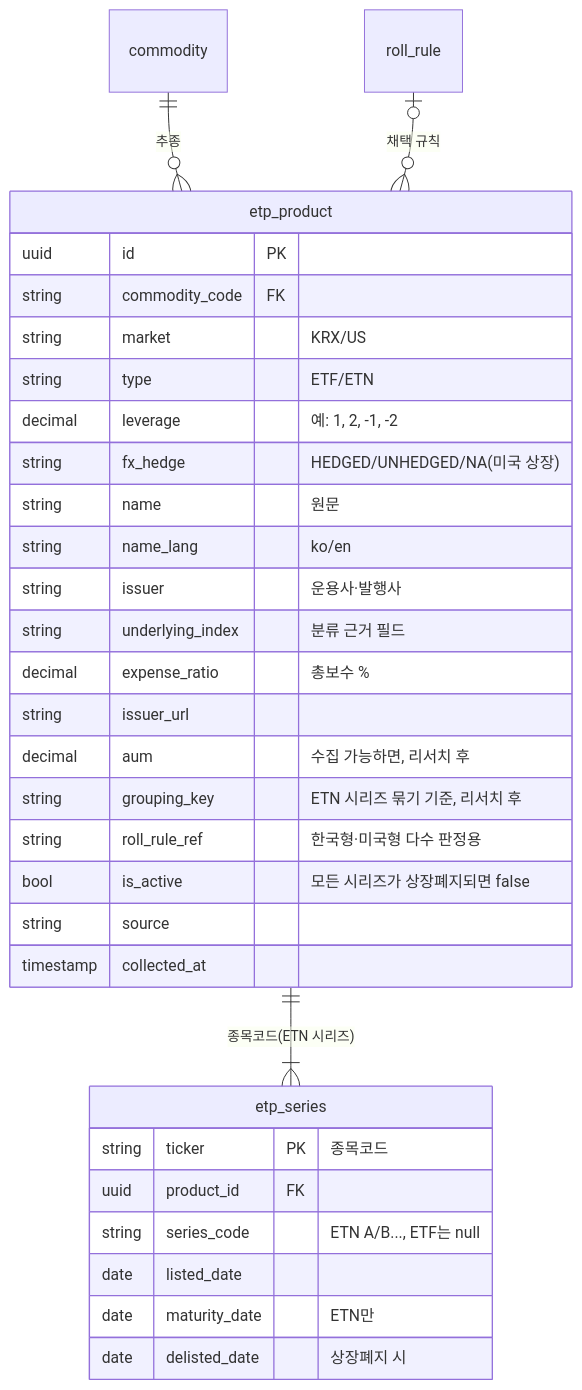
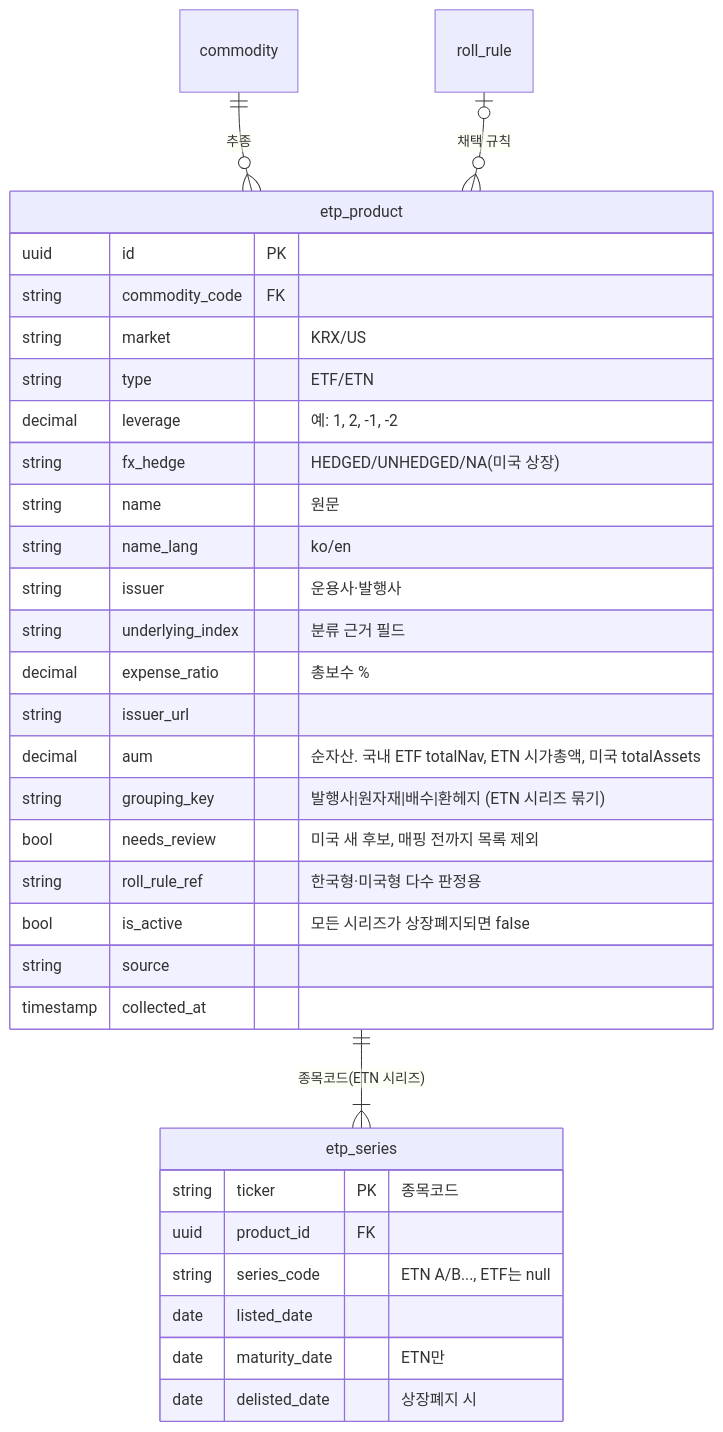
One commit to seyoun10/futureETP changed the second of 3 diagrams in docs/data-model.md. Above: the diagram before and after it, drawn with Mermaid. The commit also changed other lines of this file and 5 other files, not shown here.

````diff
--- a/docs/data-model.md
+++ b/docs/data-model.md
@@ -179,35 +179,36 @@
 ```mermaid
 erDiagram
     commodity ||--o{ etp_product : "추종"
     etp_product ||--|{ etp_series : "종목코드(ETN 시리즈)"
     roll_rule |o--o{ etp_product : "채택 규칙"
 
     etp_product {
         uuid id PK
         string commodity_code FK
         string market "KRX/US"
         string type "ETF/ETN"
         decimal leverage "예: 1, 2, -1, -2"
         string fx_hedge "HEDGED/UNHEDGED/NA(미국 상장)"
         string name "원문"
         string name_lang "ko/en"
         string issuer "운용사·발행사"
         string underlying_index "분류 근거 필드"
         decimal expense_ratio "총보수 %"
         string issuer_url
-        decimal aum "수집 가능하면, 리서치 후"
-        string grouping_key "ETN 시리즈 묶기 기준, 리서치 후"
+        decimal aum "순자산. 국내 ETF totalNav, ETN 시가총액, 미국 totalAssets"
+        string grouping_key "발행사|원자재|배수|환헤지 (ETN 시리즈 묶기)"
+        bool needs_review "미국 새 후보, 매핑 전까지 목록 제외"
         string roll_rule_ref "한국형·미국형 다수 판정용"
         bool is_active "모든 시리즈가 상장폐지되면 false"
         string source
         timestamp collected_at
     }
     etp_series {
         string ticker PK "종목코드"
         uuid product_id FK
         string series_code "ETN A/B..., ETF는 null"
         date listed_date
         date maturity_date "ETN만"
         date delisted_date "상장폐지 시"
     }
 ```
````
